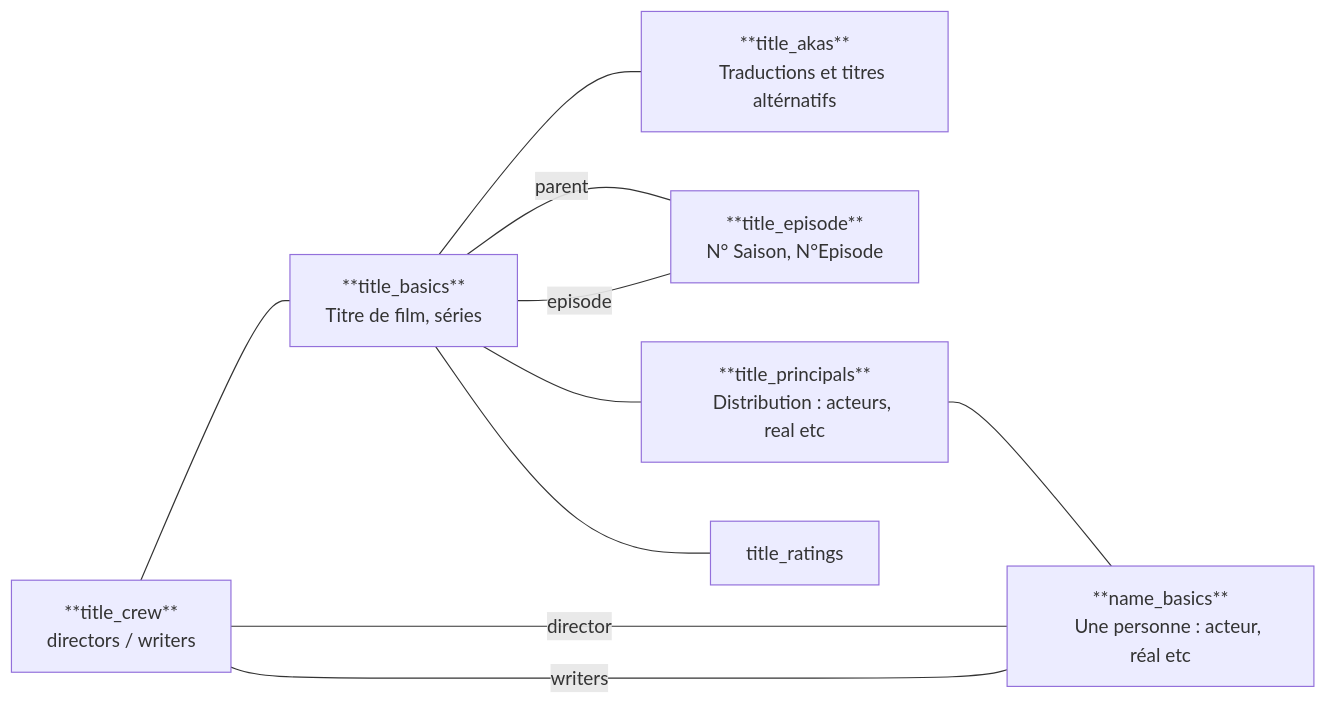
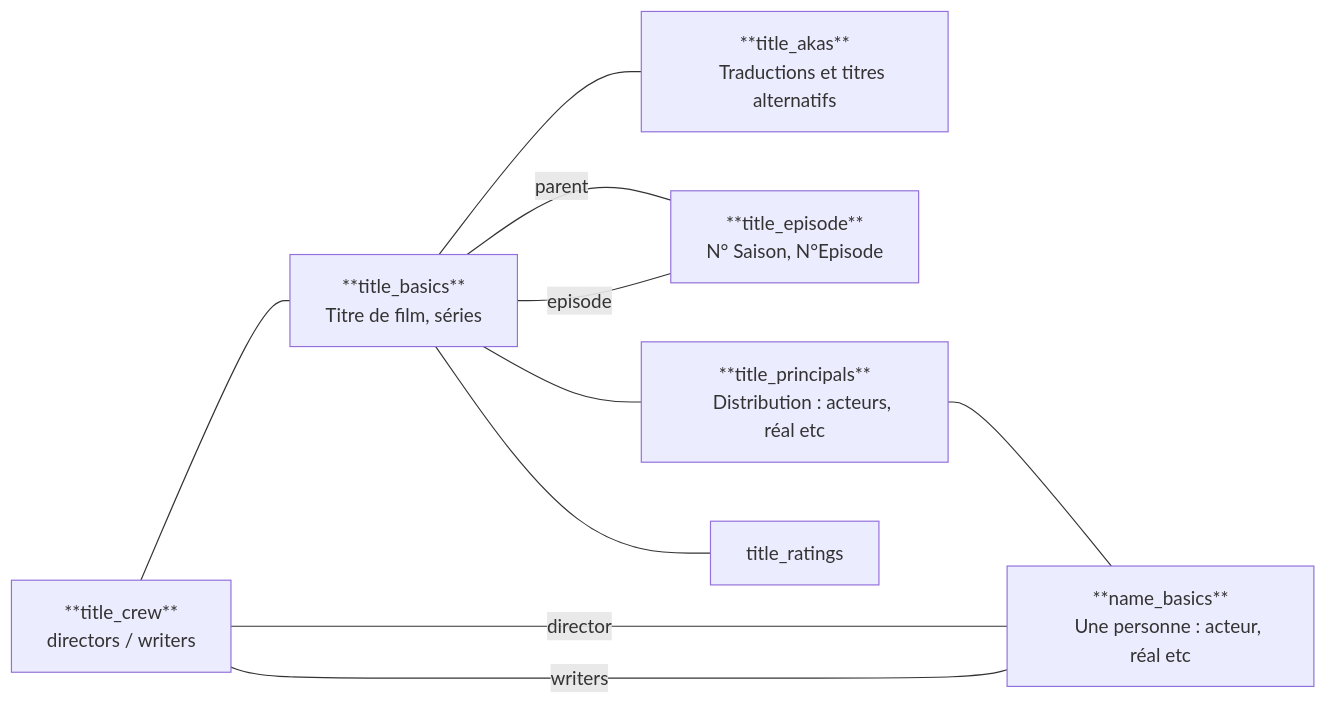
The diagram in blog/2025-06-23-graphql-main-sql/index.mdx (larousso/larousso.github.com), drawn with Mermaid before and after one commit. The commit also changed other lines of this file, not shown here.

````diff
--- a/blog/2025-06-23-graphql-main-sql/index.mdx
+++ b/blog/2025-06-23-graphql-main-sql/index.mdx
@@ -27,28 +27,28 @@
 ```mermaid
 flowchart LR
     name_basics[**name_basics**
     Une personne : acteur, réal etc
     ]
     title_akas[**title_akas**
-    Traductions et titres altérnatifs
+    Traductions et titres alternatifs
     ]
     title_basics[**title_basics**
     Titre de film, séries
     ]
     title_crew[**title_crew**
         directors / writers]
     title_episode[**title_episode**
     N° Saison, N°Episode]
     title_principals[**title_principals**
-    Distribution : acteurs, real etc
+    Distribution : acteurs, réal etc
     ]
     title_ratings
 
     title_basics --parent--- title_episode --episode--- title_basics
     title_basics --- title_principals --- name_basics
     title_crew-- director ---name_basics
     title_crew --writers--- name_basics
     title_crew --- title_basics
     title_basics --- title_ratings
     title_basics --- title_akas
 ```
````
